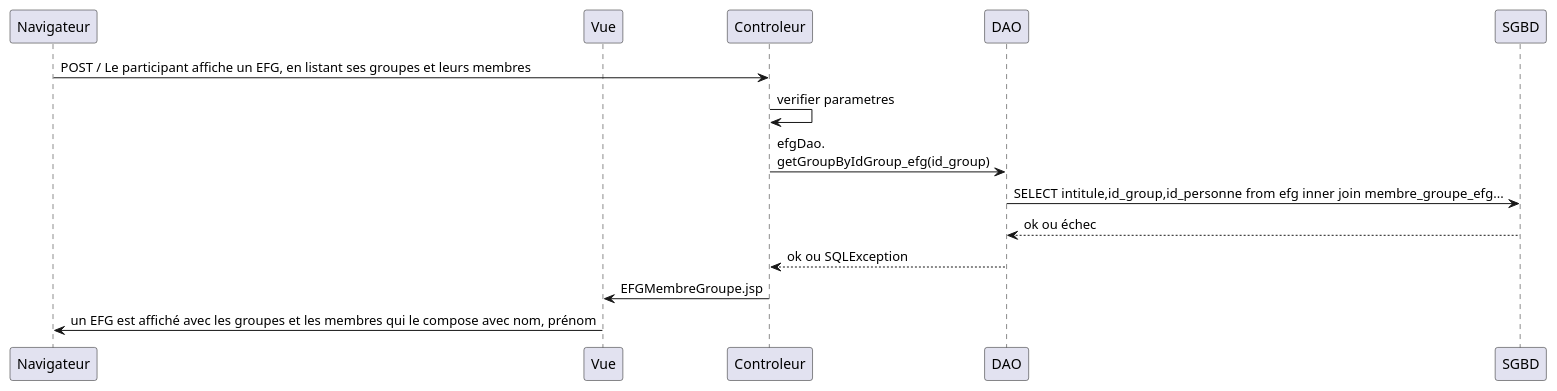
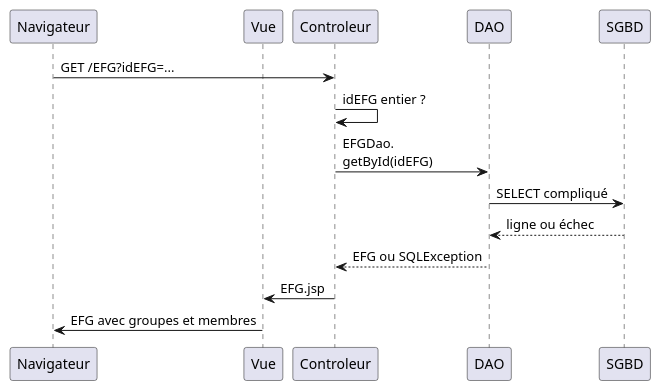
The diagram in src/main/uml/EFG.puml (michel-plasse/SIOMassy2022), drawn with PlantUML before and after one commit. The commit also changed 1 other file, not shown here.

Commit message:
Ajoute EFG.puml

```diff
--- a/src/main/uml/EFG.puml
+++ b/src/main/uml/EFG.puml
@@ -1,15 +1,14 @@
 @startuml
 participant Navigateur
 participant Vue
 
-Navigateur -> Controleur: POST / Le participant affiche un EFG, en listant ses groupes et leurs membres
-Controleur -> Controleur: verifier parametres
-Controleur -> DAO: efgDao.\ngetGroupByIdGroup_efg(id_group)
-DAO -> SGBD: SELECT intitule,id_group,id_personne from  efg inner join membre_groupe_efg...
-SGBD --> DAO: ok ou échec
-DAO --> Controleur: ok ou SQLException
-
-Controleur -> Vue: EFGMembreGroupe.jsp
-Vue -> Navigateur: un EFG est affiché avec les groupes et les membres qui le compose avec nom, prénom
+Navigateur -> Controleur: GET /EFG?idEFG=...
+Controleur -> Controleur: idEFG entier ?
+Controleur -> DAO: EFGDao.\ngetById(idEFG)
+DAO -> SGBD: SELECT compliqué
+SGBD --> DAO: ligne ou échec
+DAO --> Controleur: EFG ou SQLException
+Controleur -> Vue: EFG.jsp
+Vue -> Navigateur: EFG avec groupes et membres
 
 @enduml
```
